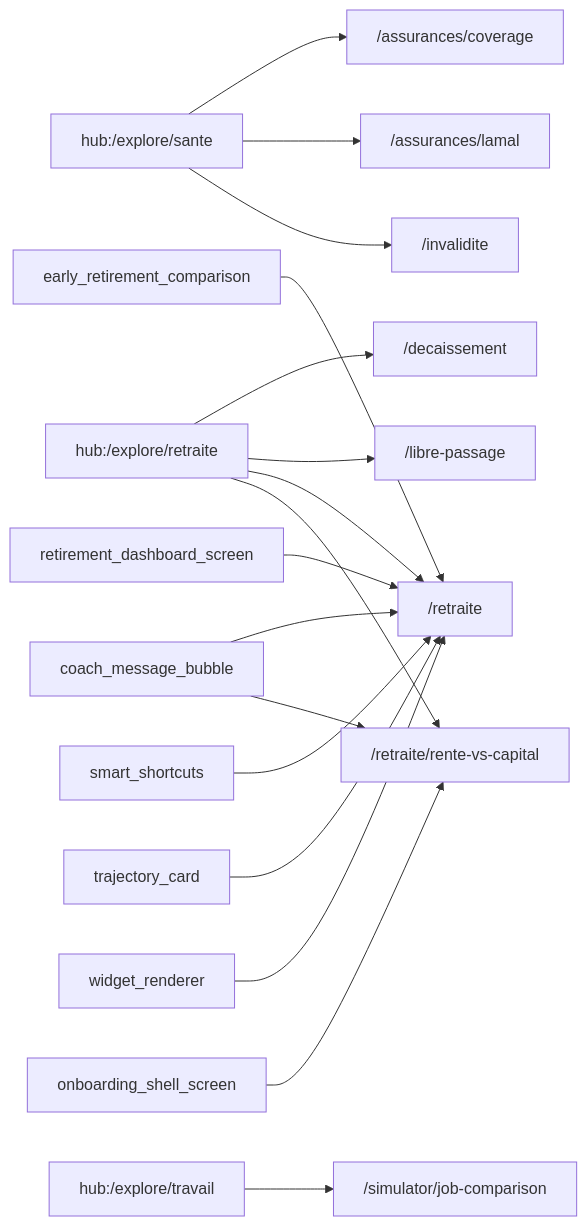
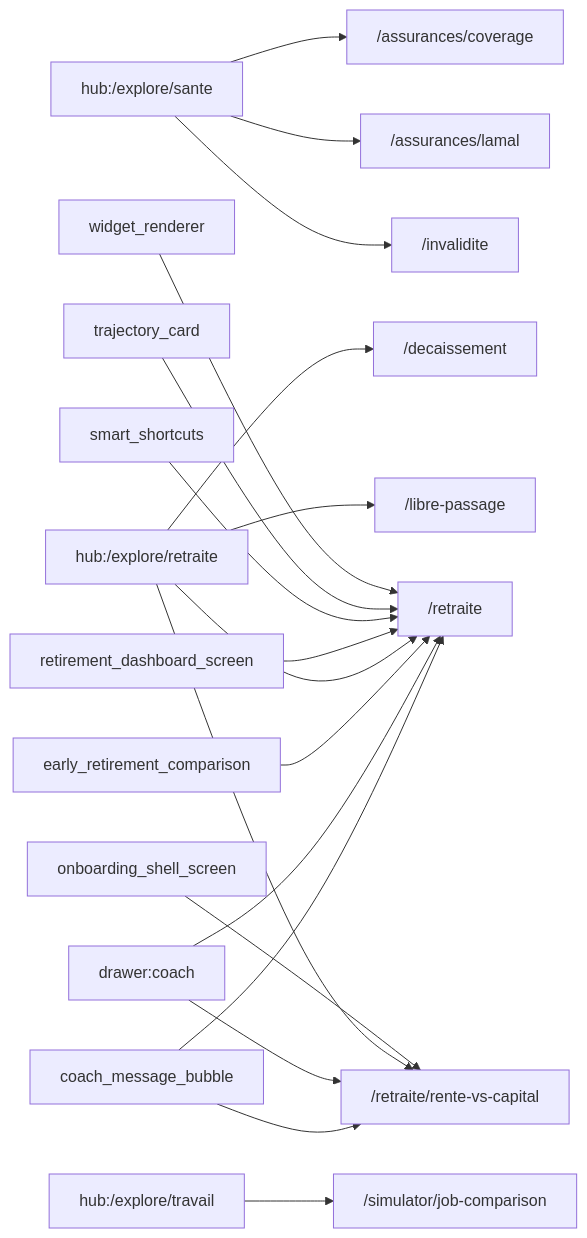
One commit to MINT-IA/MINT changed the diagram in .planning/architecture/themes/retraite.md. Above: the diagram before and after it, drawn with Mermaid. The commit also changed other lines of this file and 7 other files, not shown here.

````diff
--- a/.planning/architecture/themes/retraite.md
+++ b/.planning/architecture/themes/retraite.md
@@ -61,19 +61,21 @@
 ```mermaid
 graph LR
   hub__explore_sante["hub:/explore/sante"] --> _assurances_coverage["/assurances/coverage"]
   hub__explore_sante["hub:/explore/sante"] --> _assurances_lamal["/assurances/lamal"]
   hub__explore_retraite["hub:/explore/retraite"] --> _decaissement["/decaissement"]
   hub__explore_sante["hub:/explore/sante"] --> _invalidite["/invalidite"]
   hub__explore_retraite["hub:/explore/retraite"] --> _libre_passage["/libre-passage"]
   coach_message_bubble["coach_message_bubble"] --> _retraite["/retraite"]
+  drawer_coach["drawer:coach"] --> _retraite["/retraite"]
   early_retirement_comparison["early_retirement_comparison"] --> _retraite["/retraite"]
   hub__explore_retraite["hub:/explore/retraite"] --> _retraite["/retraite"]
   retirement_dashboard_screen["retirement_dashboard_screen"] --> _retraite["/retraite"]
   smart_shortcuts["smart_shortcuts"] --> _retraite["/retraite"]
   trajectory_card["trajectory_card"] --> _retraite["/retraite"]
   widget_renderer["widget_renderer"] --> _retraite["/retraite"]
   coach_message_bubble["coach_message_bubble"] --> _retraite_rente_vs_capital["/retraite/rente-vs-capital"]
+  drawer_coach["drawer:coach"] --> _retraite_rente_vs_capital["/retraite/rente-vs-capital"]
   hub__explore_retraite["hub:/explore/retraite"] --> _retraite_rente_vs_capital["/retraite/rente-vs-capital"]
   onboarding_shell_screen["onboarding_shell_screen"] --> _retraite_rente_vs_capital["/retraite/rente-vs-capital"]
   hub__explore_travail["hub:/explore/travail"] --> _simulator_job_comparison["/simulator/job-comparison"]
 ```
````
